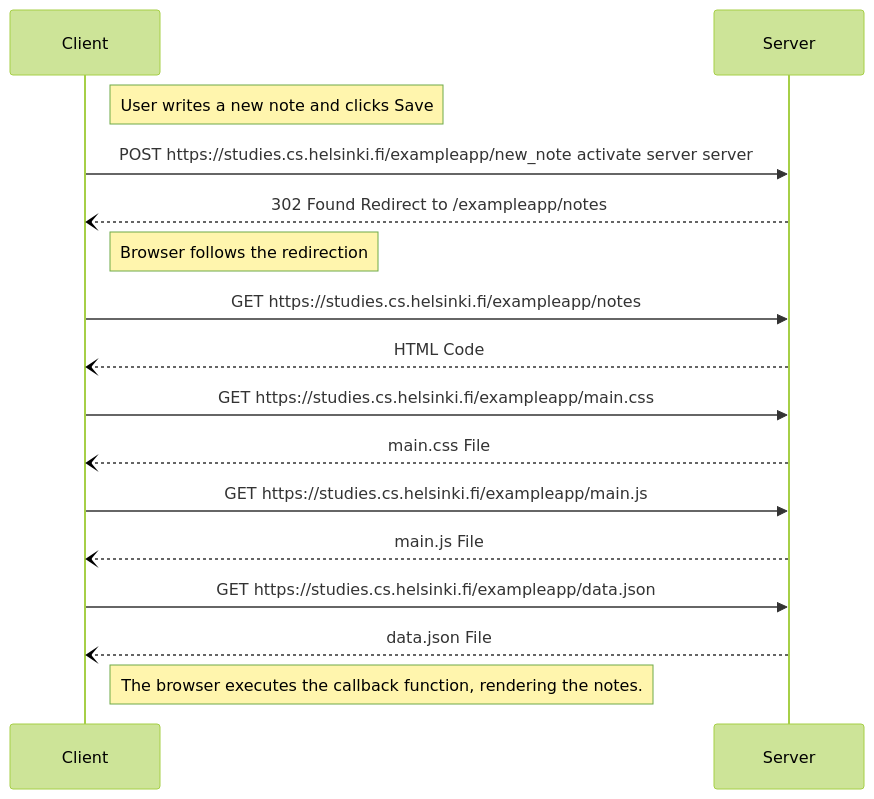
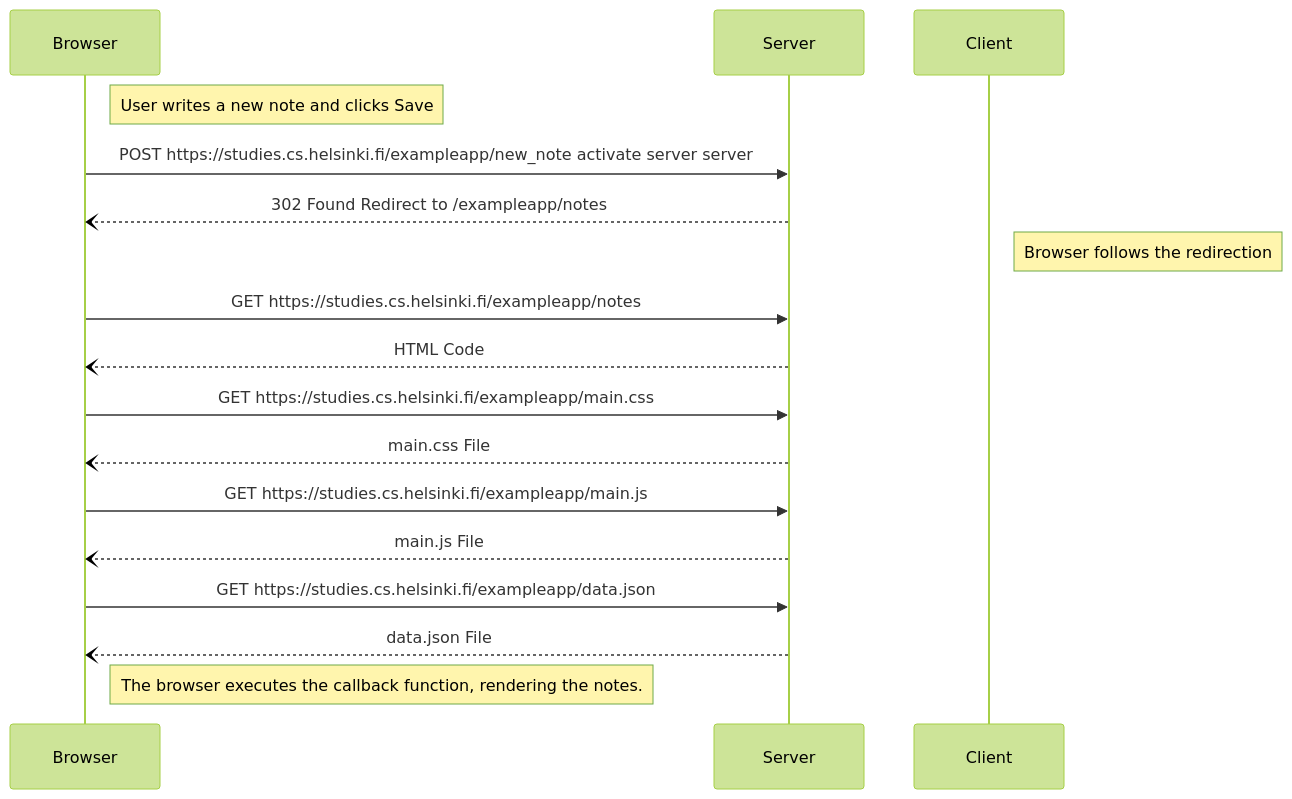
Before and after one commit to BeVocalist/Full-Stack-Web-Development: the first of 3 diagrams in part0/q4.md, drawn with Mermaid (forest theme).

````diff
--- a/part0/q4.md
+++ b/part0/q4.md
@@ -1,19 +1,19 @@
 ```mermaid
 sequenceDiagram
-  participant Client
+  participant Browser
   participant Server
-  Note right of Client: User writes a new note and clicks Save
+  Note right of Browser: User writes a new note and clicks Save
 
-  Client->>Server: POST https://studies.cs.helsinki.fi/exampleapp/new_note activate server server
-  Server--)Client: 302 Found Redirect to /exampleapp/notes
+  Browser->>Server: POST https://studies.cs.helsinki.fi/exampleapp/new_note activate server server
+  Server--)Browser: 302 Found Redirect to /exampleapp/notes
   Note right of Client: Browser follows the redirection
-  Client->>Server: GET https://studies.cs.helsinki.fi/exampleapp/notes
-  Server--)Client: HTML Code
-  Client->>Server: GET https://studies.cs.helsinki.fi/exampleapp/main.css
-  Server--)Client: main.css File
-  Client->>Server: GET https://studies.cs.helsinki.fi/exampleapp/main.js
-  Server--)Client: main.js File
-  Client->>Server: GET https://studies.cs.helsinki.fi/exampleapp/data.json
-  Server--)Client: data.json File
-  Note right of Client: The browser executes the callback function, rendering the notes.
+  Browser->>Server: GET https://studies.cs.helsinki.fi/exampleapp/notes
+  Server--)Browser: HTML Code
+  Browser->>Server: GET https://studies.cs.helsinki.fi/exampleapp/main.css
+  Server--)Browser: main.css File
+  Browser->>Server: GET https://studies.cs.helsinki.fi/exampleapp/main.js
+  Server--)Browser: main.js File
+  Browser->>Server: GET https://studies.cs.helsinki.fi/exampleapp/data.json
+  Server--)Browser: data.json File
+  Note right of Browser: The browser executes the callback function, rendering the notes.
 ```
````
